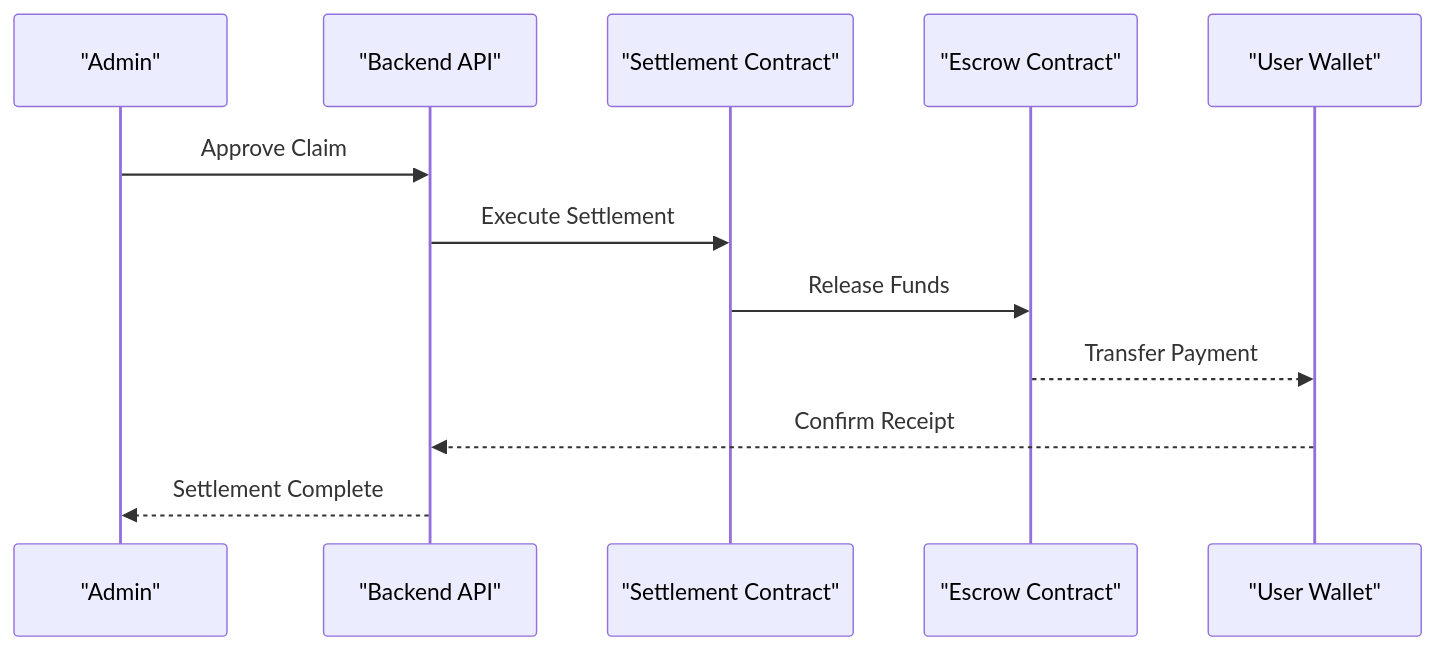
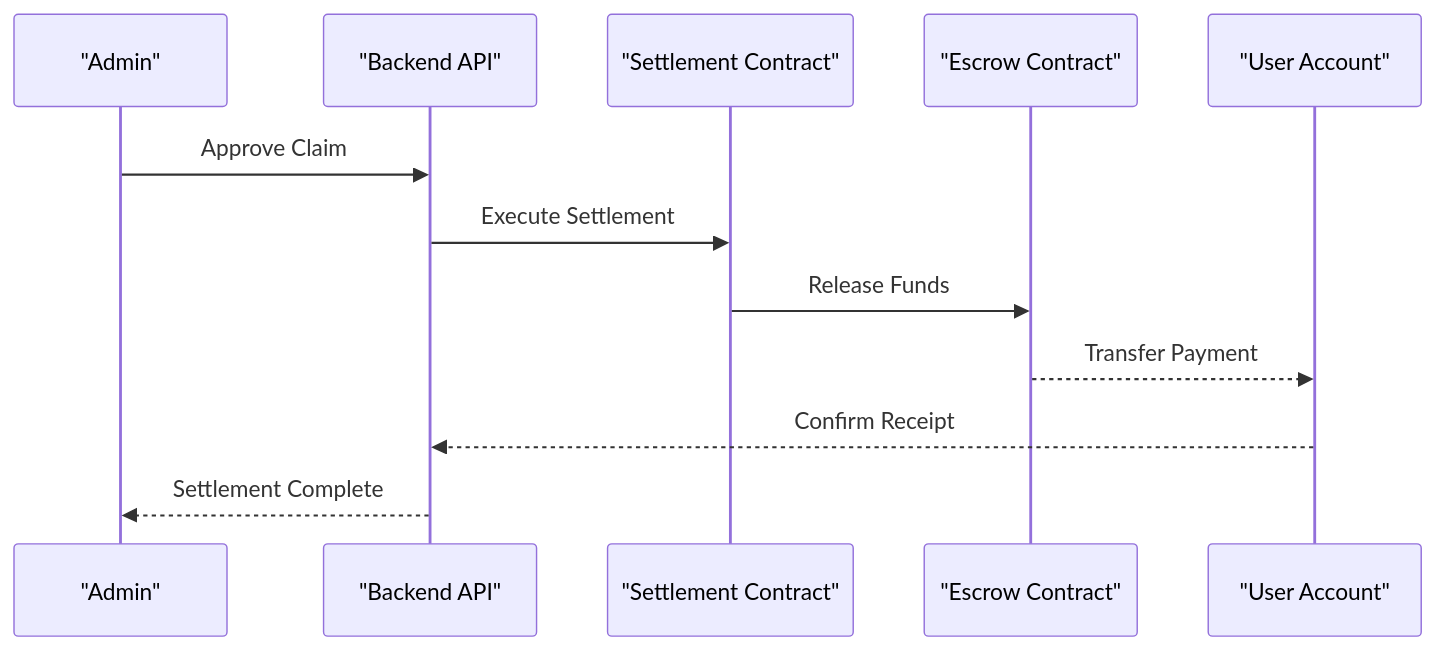
Before and after one commit to hieudepoet/Insurix: the fifth of 6 diagrams in .qoder/repowiki/en/content/Deployment Guide/Demo Walkthrough Guide.md, drawn with Mermaid. The commit also changed other lines of this file and 63 other files, not shown here.

````diff
--- a/.qoder/repowiki/en/content/Deployment Guide/Demo Walkthrough Guide.md
+++ b/.qoder/repowiki/en/content/Deployment Guide/Demo Walkthrough Guide.md
@@ -259,14 +243,14 @@
 ```mermaid
 sequenceDiagram
 participant Admin as "Admin"
 participant Backend as "Backend API"
 participant Settlement as "Settlement Contract"
 participant Escrow as "Escrow Contract"
-participant User as "User Wallet"
+participant User as "User Account"
 Admin->>Backend : Approve Claim
 Backend->>Settlement : Execute Settlement
 Settlement->>Escrow : Release Funds
 Escrow-->>User : Transfer Payment
 User-->>Backend : Confirm Receipt
 Backend-->>Admin : Settlement Complete
 ```
````
